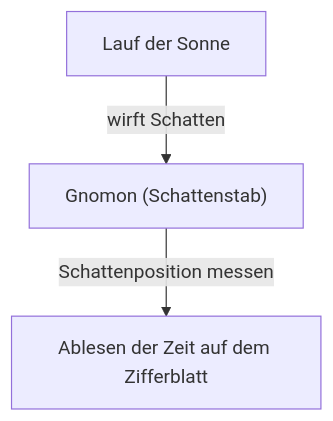
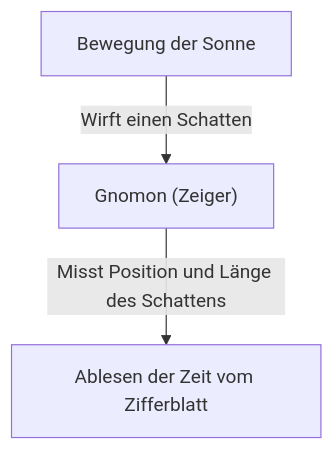
The first of 3 diagrams in content/post/history-of-timekeeping-technology/index.de.md (kenjinote/blog), drawn with Mermaid before and after one commit. The commit also changed other lines of this file and 129 other files, not shown here.

````diff
--- a/content/post/history-of-timekeeping-technology/index.de.md
+++ b/content/post/history-of-timekeeping-technology/index.de.md
@@ -19,5 +22,5 @@
 ```mermaid
 graph TD
-    A["Lauf der Sonne"] -- "wirft Schatten" --> B["Gnomon (Schattenstab)"]
-    B -- "Schattenposition messen" --> C["Ablesen der Zeit auf dem Zifferblatt"]
+    A["Bewegung der Sonne"] -- "Wirft einen Schatten" --> B["Gnomon (Zeiger)"]
+    B -- "Misst Position und Länge des Schattens" --> C["Ablesen der Zeit vom Zifferblatt"]
 ```
````
